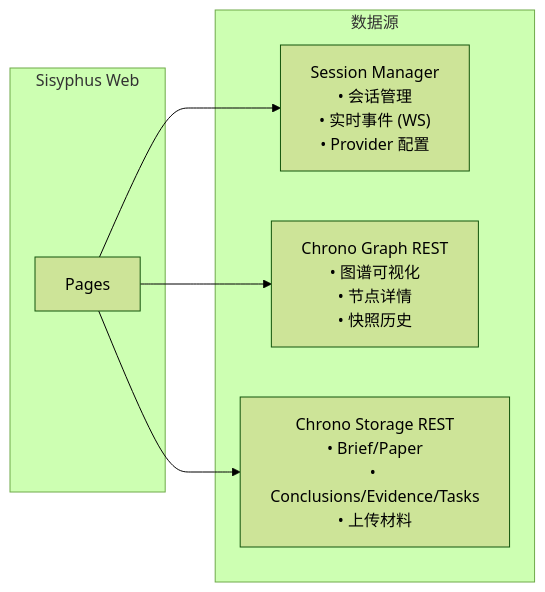
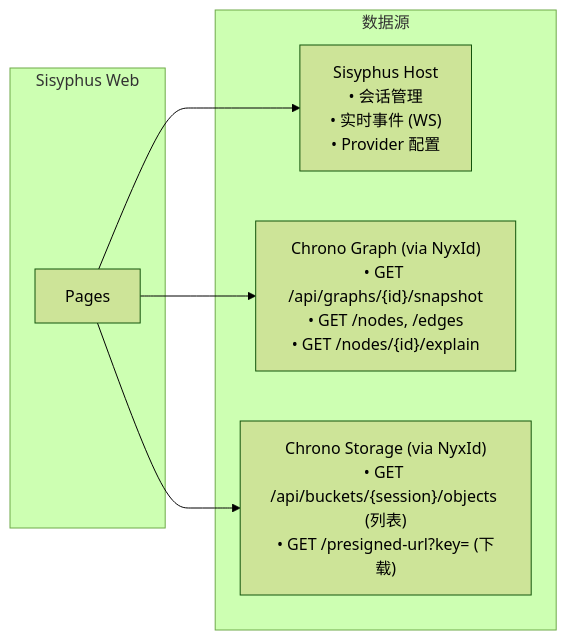
Before and after one commit to aevatarAI/aevatar: diagram 11 of 14 in apps/sisyphus/docs/Architecture.md, drawn with Mermaid (forest theme). The commit also changed other lines of this file, not shown here.

Commit message:
Architecture update

````diff
--- a/apps/sisyphus/docs/Architecture.md
+++ b/apps/sisyphus/docs/Architecture.md
@@ -722,16 +923,16 @@
 ```mermaid
 graph LR
     subgraph "Sisyphus Web"
         PAGES["Pages"]
     end
 
     subgraph "数据源"
-        SM["Session Manager<br/>• 会话管理<br/>• 实时事件 (WS)<br/>• Provider 配置"]
-        CG["Chrono Graph REST<br/>• 图谱可视化<br/>• 节点详情<br/>• 快照历史"]
-        CS["Chrono Storage REST<br/>• Brief/Paper<br/>• Conclusions/Evidence/Tasks<br/>• 上传材料"]
+        SM["Sisyphus Host<br/>• 会话管理<br/>• 实时事件 (WS)<br/>• Provider 配置"]
+        CG["Chrono Graph (via NyxId)<br/>• GET /api/graphs/{id}/snapshot<br/>• GET /nodes, /edges<br/>• GET /nodes/{id}/explain"]
+        CS["Chrono Storage (via NyxId)<br/>• GET /api/buckets/{session}/objects (列表)<br/>• GET /presigned-url?key= (下载)"]
     end
 
     PAGES --> SM
     PAGES --> CG
     PAGES --> CS
 ```
````
